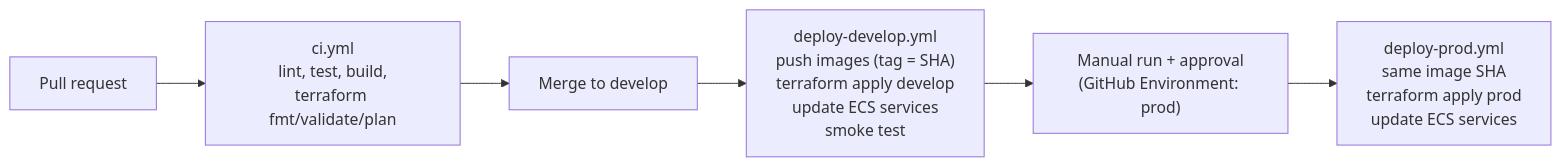
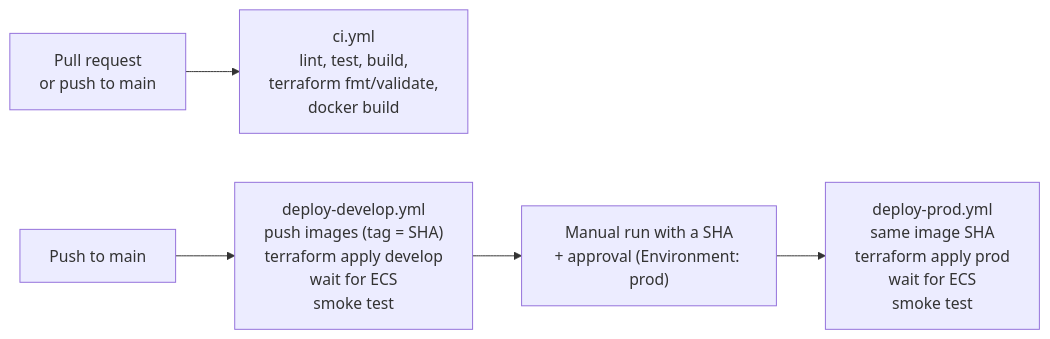
Before and after one commit to pjh4993/insurance-onboarding-assistant: the diagram in docs/cicd.md, drawn with Mermaid. The commit also changed other lines of this file and 12 other files, not shown here.

````diff
--- a/docs/cicd.md
+++ b/docs/cicd.md
@@ -8,8 +8,7 @@
 ```mermaid
 flowchart LR
-    pr["Pull request"] --> checks["ci.yml<br/>lint, test, build,<br/>terraform fmt/validate/plan"]
-    checks --> merge["Merge to develop"]
-    merge --> dd["deploy-develop.yml<br/>push images (tag = SHA)<br/>terraform apply develop<br/>update ECS services<br/>smoke test"]
-    dd --> promote["Manual run + approval<br/>(GitHub Environment: prod)"]
-    promote --> dp["deploy-prod.yml<br/>same image SHA<br/>terraform apply prod<br/>update ECS services"]
+    pr["Pull request<br/>or push to main"] --> checks["ci.yml<br/>lint, test, build,<br/>terraform fmt/validate,<br/>docker build"]
+    push["Push to main"] --> dd["deploy-develop.yml<br/>push images (tag = SHA)<br/>terraform apply develop<br/>wait for ECS<br/>smoke test"]
+    dd --> promote["Manual run with a SHA<br/>+ approval (Environment: prod)"]
+    promote --> dp["deploy-prod.yml<br/>same image SHA<br/>terraform apply prod<br/>wait for ECS<br/>smoke test"]
 ```
````
